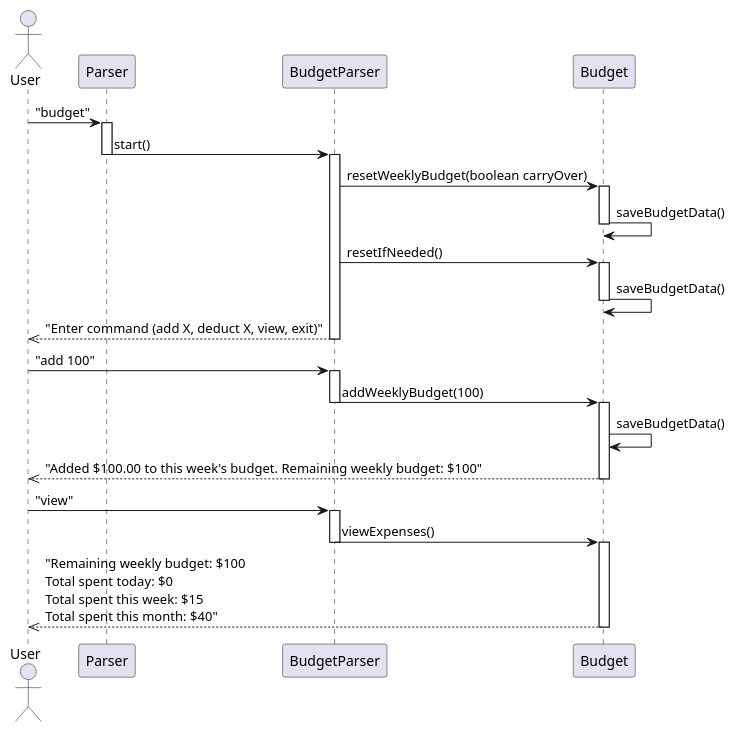
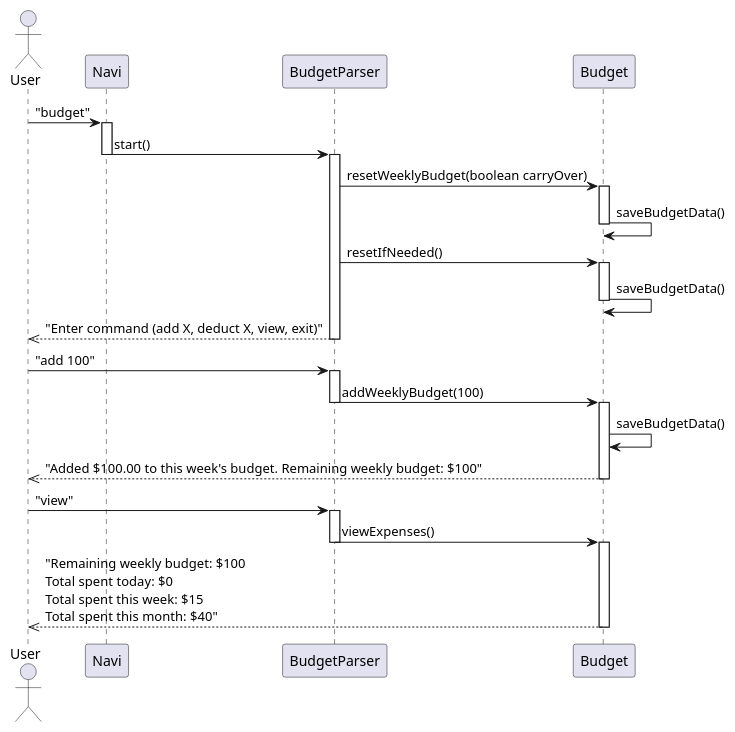
One commit to AY2425S2-CS2113-W12-2/tp changed the diagram in docs/diagrams/BudgetSequenceDiagram.puml. Above: the diagram before and after it, drawn with PlantUML. The commit also changed 3 other files, not shown here.

Commit message:
Add javadoc and adjust budget sequence diagram

```diff
--- a/docs/diagrams/BudgetSequenceDiagram.puml
+++ b/docs/diagrams/BudgetSequenceDiagram.puml
@@ -1,42 +1,42 @@
 @startuml BudgetAdd
 'https://plantuml.com/sequence-diagram
 
 actor User
-participant Parser
+participant Navi
 participant BudgetParser
 participant Budget
 
-User -> Parser: "budget"
-activate Parser
-Parser -> BudgetParser: start()
-deactivate Parser
+User -> Navi: "budget"
+activate Navi
+Navi -> BudgetParser: start()
+deactivate Navi
 activate BudgetParser
 BudgetParser -> Budget: resetWeeklyBudget(boolean carryOver)
 activate Budget
 Budget -> Budget: saveBudgetData()
 deactivate Budget
 BudgetParser -> Budget: resetIfNeeded()
 activate Budget
 Budget -> Budget: saveBudgetData()
 deactivate Budget
 BudgetParser -->> User: "Enter command (add X, deduct X, view, exit)"
 deactivate BudgetParser
 
 User -> BudgetParser: "add 100"
 activate BudgetParser
 BudgetParser -> Budget: addWeeklyBudget(100)
 deactivate BudgetParser
 activate Budget
 Budget -> Budget: saveBudgetData()
 Budget -->> User: "Added $100.00 to this week's budget. Remaining weekly budget: $100"
 deactivate Budget
 
 User -> BudgetParser: "view"
 activate BudgetParser
 BudgetParser -> Budget: viewExpenses()
 deactivate BudgetParser
 activate Budget
 Budget -->> User: "Remaining weekly budget: $100\nTotal spent today: $0\nTotal spent this week: $15\nTotal spent this month: $40"
 deactivate Budget
 
 @enduml
```
